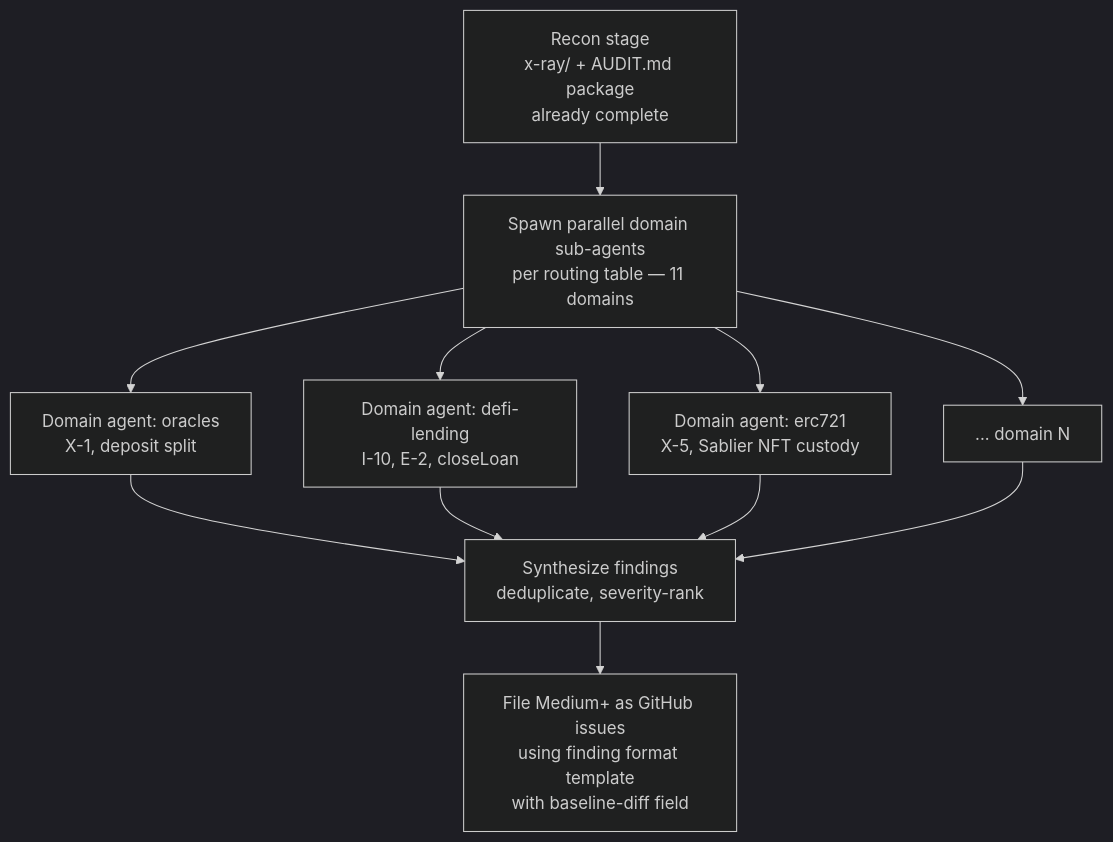
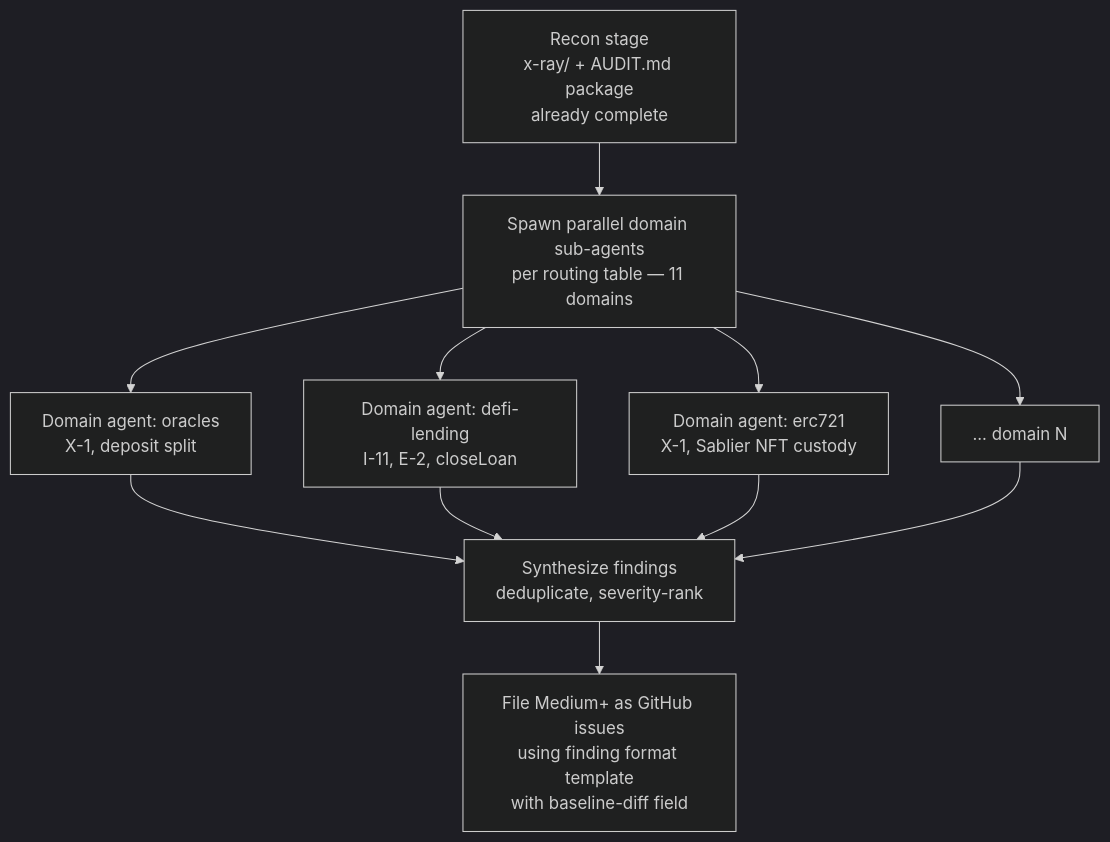
Before and after one commit to ayeslick/OVRFLO: the diagram in docs/audit/ai-auditor-methodology.md, drawn with Mermaid (dark theme). The commit also changed other lines of this file and 15 other files, not shown here.

````diff
--- a/docs/audit/ai-auditor-methodology.md
+++ b/docs/audit/ai-auditor-methodology.md
@@ -72,14 +74,14 @@
 ```mermaid
 flowchart TB
   R[Recon stage<br/>x-ray/ + AUDIT.md package<br/>already complete] --> S
   S[Spawn parallel domain sub-agents<br/>per routing table — 11 domains] --> F1
   S --> F2
   S --> F3
   S --> FN[... domain N]
   F1[Domain agent: oracles<br/>X-1, deposit split] --> SY
-  F2[Domain agent: defi-lending<br/>I-10, E-2, closeLoan] --> SY
-  F3[Domain agent: erc721<br/>X-5, Sablier NFT custody] --> SY
+  F2[Domain agent: defi-lending<br/>I-11, E-2, closeLoan] --> SY
+  F3[Domain agent: erc721<br/>X-1, Sablier NFT custody] --> SY
   FN --> SY
   SY[Synthesize findings<br/>deduplicate, severity-rank] --> GI
   GI[File Medium+ as GitHub issues<br/>using finding format template<br/>with baseline-diff field]
 ```
````
